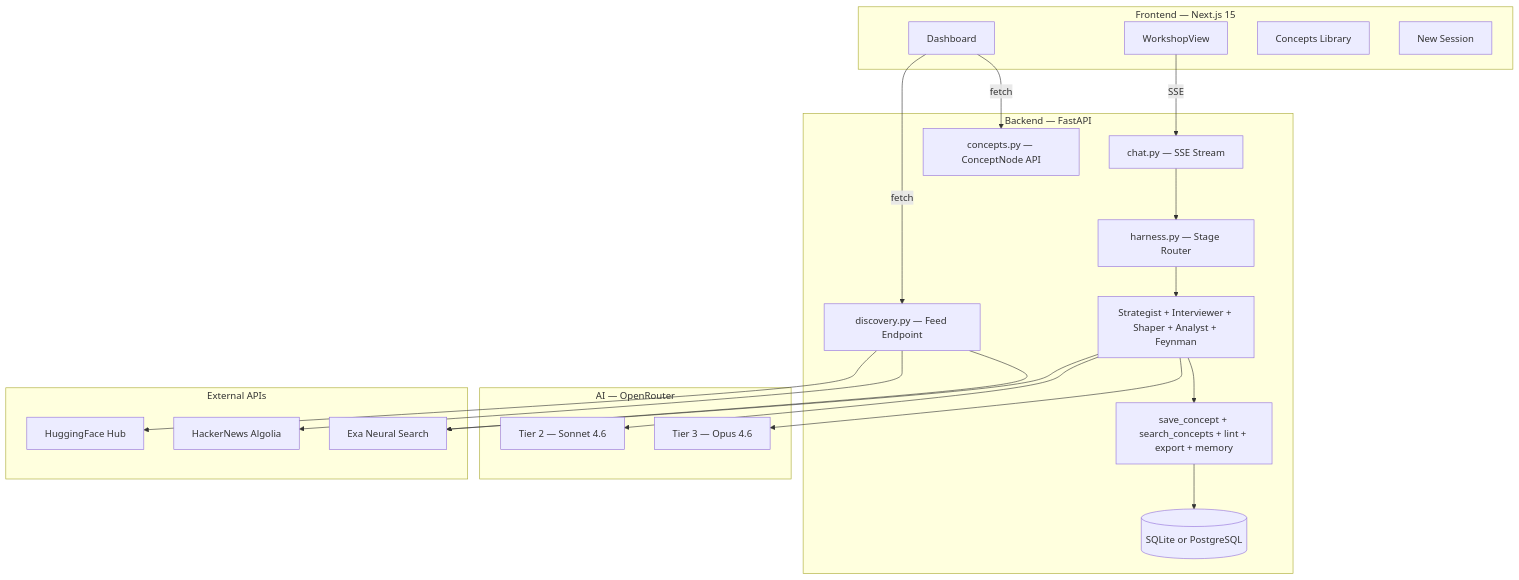
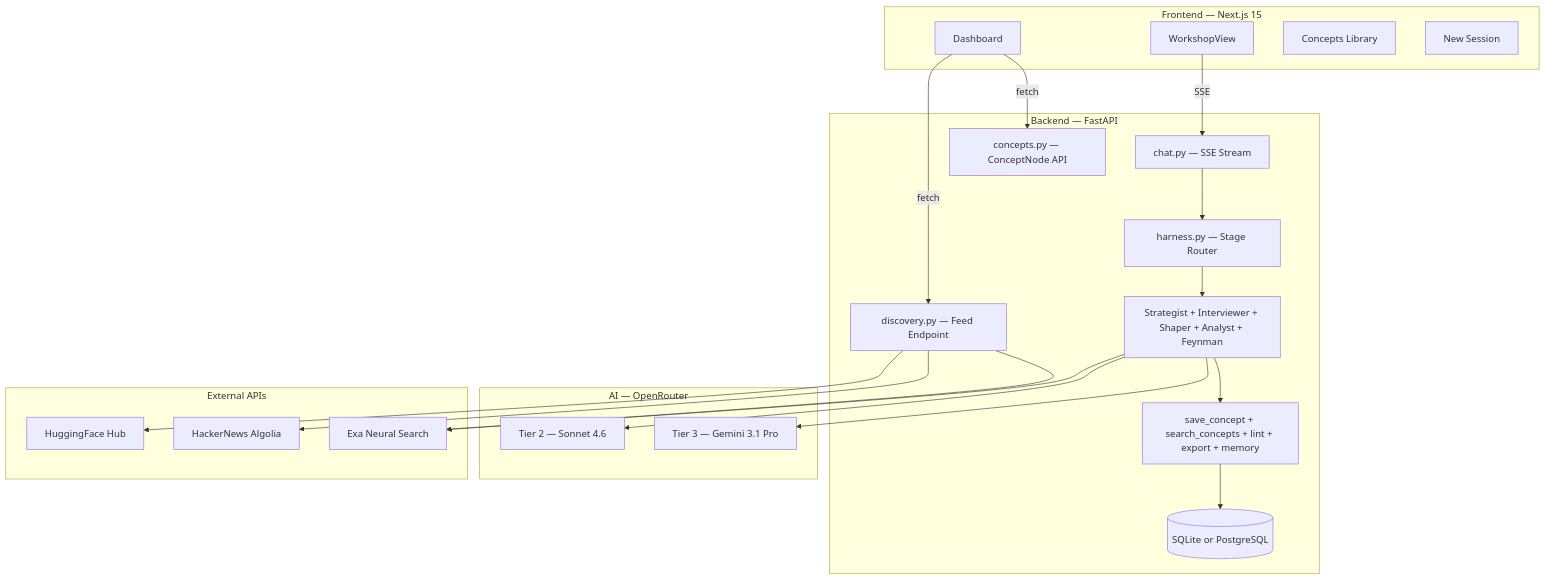
Before and after one commit to prabakaranc98/broCoDDE: the first of 2 diagrams in README.md, drawn with Mermaid. The commit also changed other lines of this file and 2 other files, not shown here.

First line of the commit message:
Set Tier 3 model to google/gemini-3.1-pro-preview

````diff
--- a/README.md
+++ b/README.md
@@ -103,41 +103,41 @@
 ```mermaid
 graph TB
     subgraph Frontend["Frontend — Next.js 15"]
         DASH[Dashboard]
         WS[WorkshopView]
         CON[Concepts Library]
         NEW[New Session]
     end
 
     subgraph Backend["Backend — FastAPI"]
         CHAT[chat.py — SSE Stream]
         DISC[discovery.py — Feed Endpoint]
         CONCEPTS[concepts.py — ConceptNode API]
         HARNESS[harness.py — Stage Router]
         AGENTS[Strategist + Interviewer + Shaper + Analyst + Feynman]
         TOOLS[save_concept + search_concepts + lint + export + memory]
         DB[(SQLite or PostgreSQL)]
     end
 
     subgraph AI["AI — OpenRouter"]
         T2[Tier 2 — Sonnet 4.6]
-        T3[Tier 3 — Opus 4.6]
+        T3[Tier 3 — Gemini 3.1 Pro]
     end
 
     subgraph External["External APIs"]
         HF[HuggingFace Hub]
         HN[HackerNews Algolia]
         EXA[Exa Neural Search]
     end
 
     WS -->|SSE| CHAT
     CHAT --> HARNESS
     HARNESS --> AGENTS
     AGENTS --> TOOLS
     TOOLS --> DB
     AGENTS --> T2 & T3
     AGENTS --> EXA
 
     DASH -->|fetch| DISC & CONCEPTS
     DISC --> HF & HN & EXA
 ```
````
